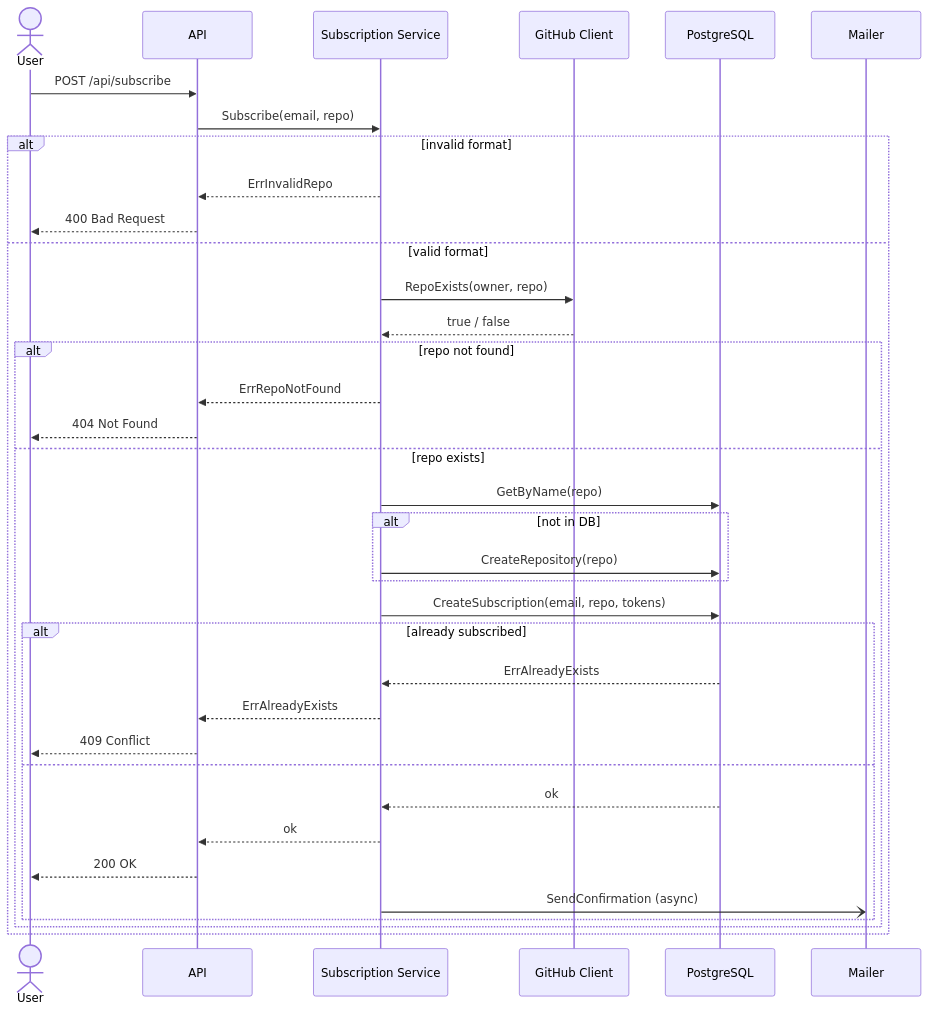
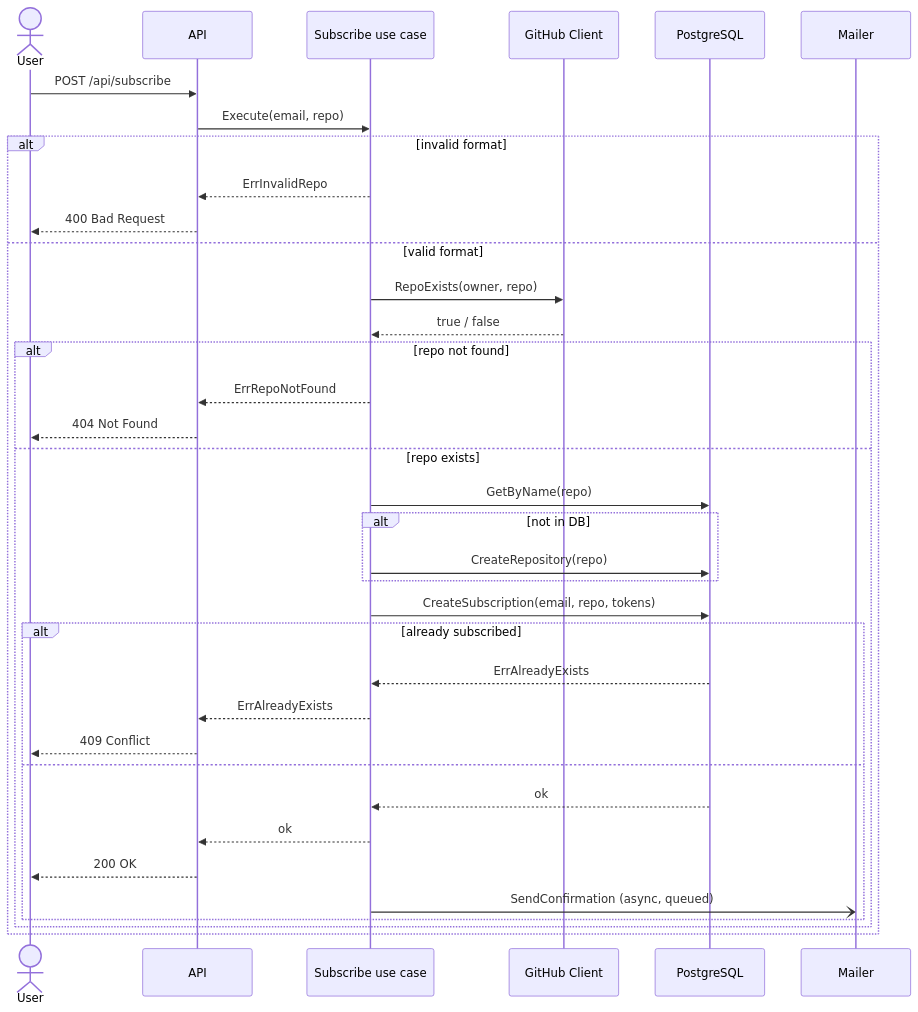
The second of 3 diagrams in docs/sdd.md (GenesisEducationKyiv/software-engineering-school-6-0-mzabrodin), drawn with Mermaid before and after one commit. The commit also changed other lines of this file, not shown here.

Commit message:
docs: expand SDD with gRPC, hexagonal architecture, observability, and email dispatch details

````diff
--- a/docs/sdd.md
+++ b/docs/sdd.md
@@ -77,39 +111,38 @@
 ```mermaid
 sequenceDiagram
     actor User
     participant API
-    participant Service as Subscription Service
+    participant UC as Subscribe use case
     participant GH as GitHub Client
     participant DB as PostgreSQL
     participant Mailer
-
-    User->>API: POST /api/subscribe
-    API->>Service: Subscribe(email, repo)
+    User ->> API: POST /api/subscribe
+    API ->> UC: Execute(email, repo)
     alt invalid format
-        Service-->>API: ErrInvalidRepo
-        API-->>User: 400 Bad Request
+        UC -->> API: ErrInvalidRepo
+        API -->> User: 400 Bad Request
     else valid format
-        Service->>GH: RepoExists(owner, repo)
-        GH-->>Service: true / false
+        UC ->> GH: RepoExists(owner, repo)
+        GH -->> UC: true / false
         alt repo not found
-            Service-->>API: ErrRepoNotFound
-            API-->>User: 404 Not Found
+            UC -->> API: ErrRepoNotFound
+            API -->> User: 404 Not Found
         else repo exists
-            Service->>DB: GetByName(repo)
+            UC ->> DB: GetByName(repo)
             alt not in DB
-                Service->>DB: CreateRepository(repo)
+                UC ->> DB: CreateRepository(repo)
             end
-            Service->>DB: CreateSubscription(email, repo, tokens)
+            UC ->> DB: CreateSubscription(email, repo, tokens)
             alt already subscribed
-                DB-->>Service: ErrAlreadyExists
-                Service-->>API: ErrAlreadyExists
-                API-->>User: 409 Conflict
+                DB -->> UC: ErrAlreadyExists
+                UC -->> API: ErrAlreadyExists
+                API -->> User: 409 Conflict
             else
-                DB-->>Service: ok
-                Service-->>API: ok
-                API-->>User: 200 OK
-                Service-)Mailer: SendConfirmation (async)
+                DB -->> UC: ok
+                UC -->> API: ok
+                API -->> User: 200 OK
+                UC -) Mailer: SendConfirmation (async, queued)
             end
         end
     end
 ```
````
